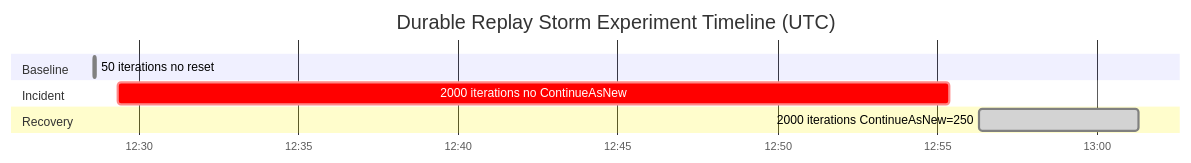
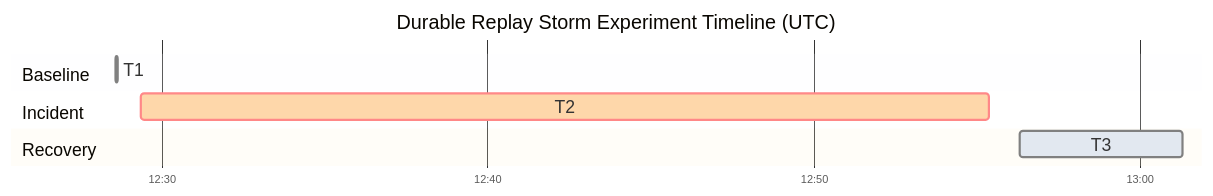
Before and after one commit to yeongseon/azure-functions-practical-guide: the third of 6 diagrams in docs/troubleshooting/lab-guides/durable-replay-storm.md, drawn with Mermaid. The commit also changed other lines of this file and 1 other file, not shown here.

First line of the commit message:
docs(diagrams): migrate Functions lab messaging and triggers — durable replay storm (#433)

````diff
--- a/docs/troubleshooting/lab-guides/durable-replay-storm.md
+++ b/docs/troubleshooting/lab-guides/durable-replay-storm.md
@@ -221,12 +250,16 @@
 ```mermaid
+%%{init: {"gantt":{"fontSize":16,"sectionFontSize":16,"leftPadding":95,"rightPadding":35,"barHeight":24,"barGap":10},"theme":"base","themeVariables":{"doneTaskBkgColor":"#e2e8f0","critBkgColor":"#fed7aa","taskBkgColor":"#e2e8f0"},"themeCSS":".grid .tick text{font-size:16px;fill:var(--md-default-fg-color);} .section{opacity:0;} .titleText{font-size:14px;fill:var(--md-default-fg-color);} .sectionTitle{fill:var(--md-default-fg-color);} .taskTextOutsideLeft,.taskTextOutsideRight{fill:var(--md-default-fg-color)!important;} .taskText{fill:#14202e!important;}"}}%%
 gantt
+    accTitle: Recorded three-phase run timeline
+    accDescr: Historical UTC baseline, incident, and recovery bars retain their original start times and approximate durations. T1, T2, and T3 refer to the adjacent workload key; this is not evidence of a new run.
     title Durable Replay Storm Experiment Timeline (UTC)
     dateFormat  HH:mm:ss
     axisFormat  %H:%M
+    tickInterval 10minute
     section Baseline
-    50 iterations no reset                 :done, b1, 12:28:36, 5s
+    T1 :done, b1, 12:28:36, 5s
     section Incident
-    2000 iterations no ContinueAsNew       :crit, i1, 12:29:22, 26m
+    T2 :crit, i1, 12:29:22, 26m
     section Recovery
-    2000 iterations ContinueAsNew=250      :done, r1, 12:56:18, 5m
+    T3 :done, r1, 12:56:18, 5m
 ```
````
